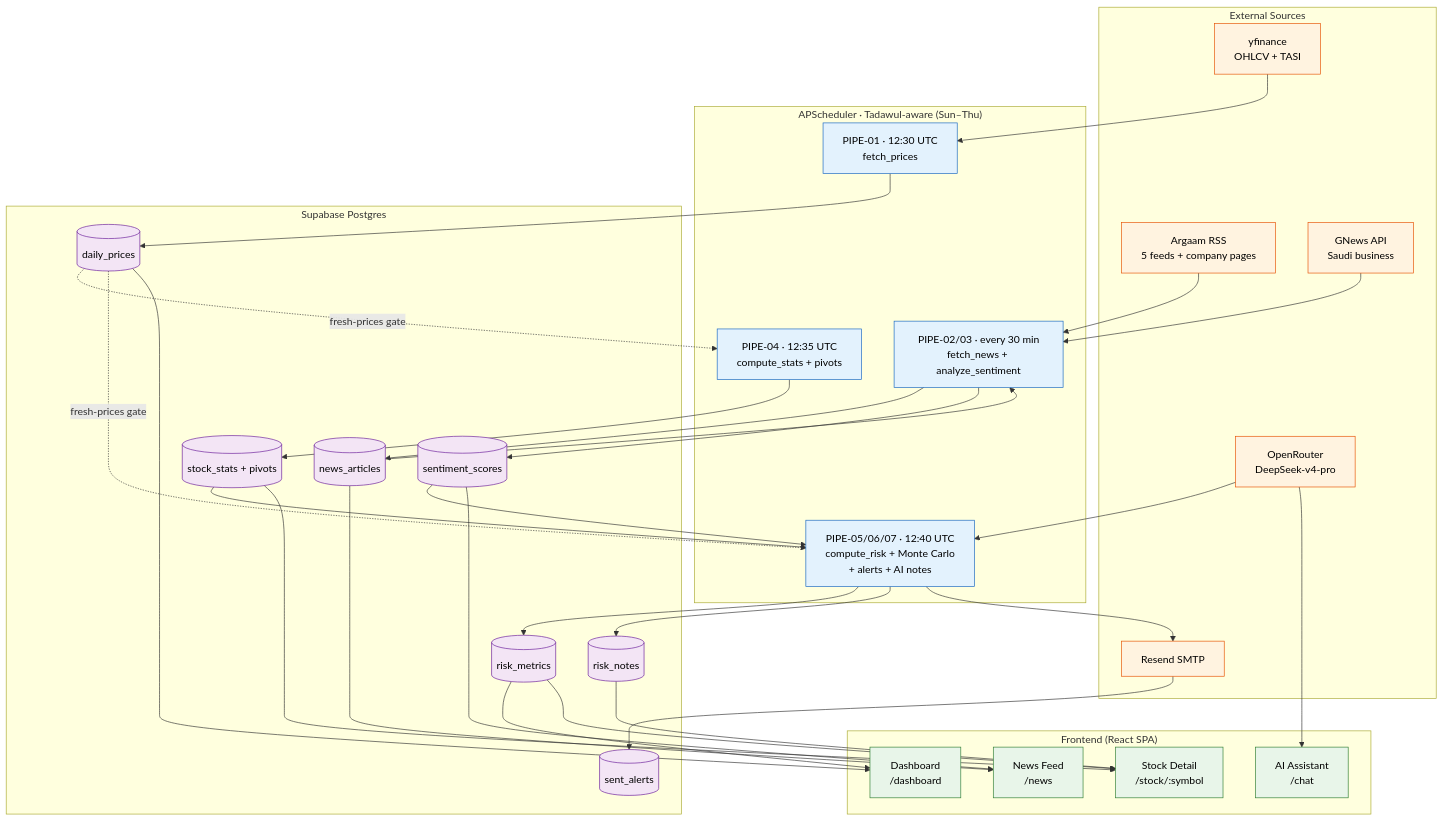
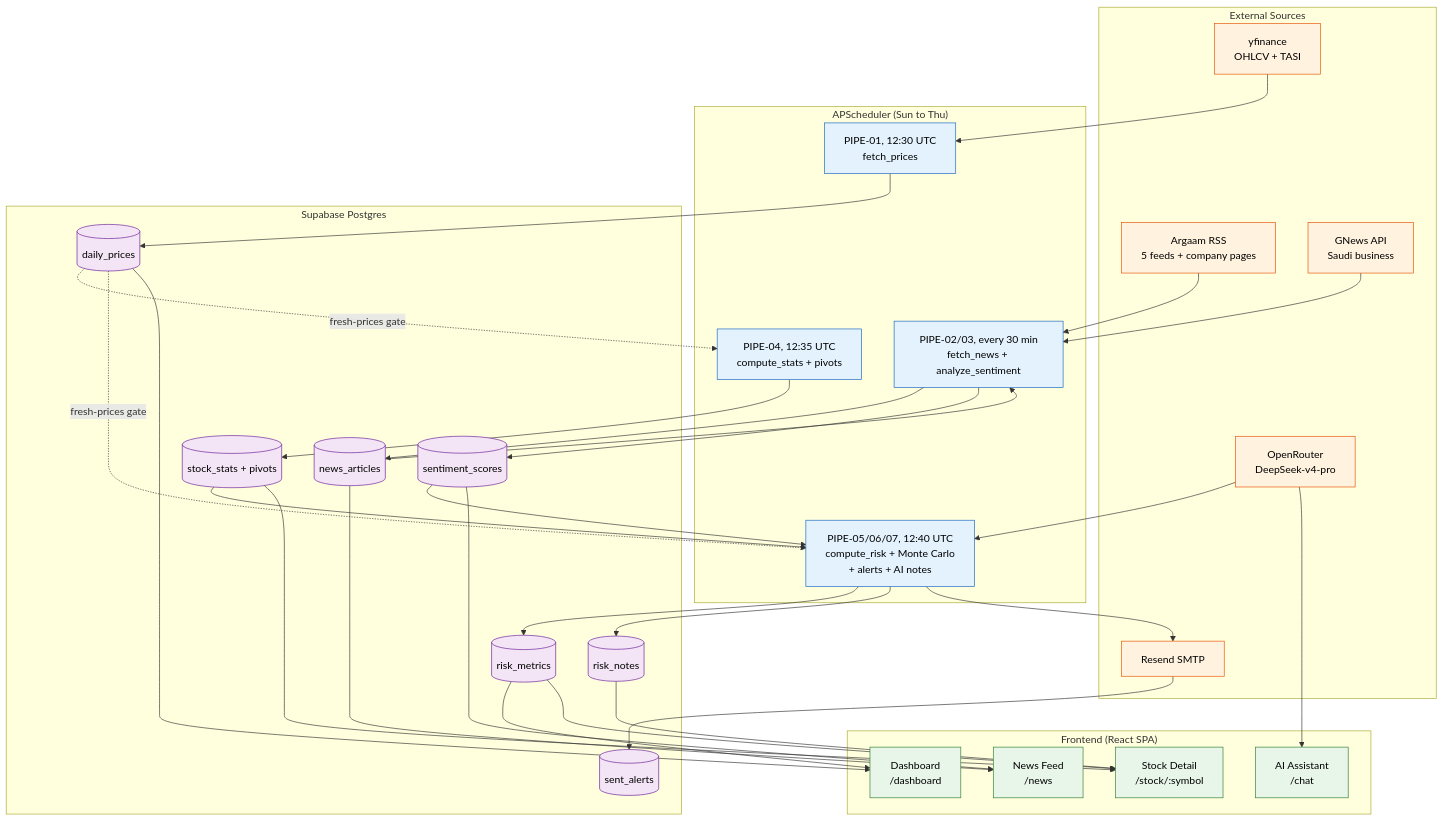
The diagram in README.md (Tlvxg/Nabeeh), drawn with Mermaid before and after one commit. The commit also changed other lines of this file, not shown here.

````diff
--- a/README.md
+++ b/README.md
@@ -118,72 +110,72 @@
 ```mermaid
 flowchart TD
     subgraph EXT["External Sources"]
         YF["yfinance<br/>OHLCV + TASI"]
         ARG["Argaam RSS<br/>5 feeds + company pages"]
         GN["GNews API<br/>Saudi business"]
         OR["OpenRouter<br/>DeepSeek-v4-pro"]
         RS["Resend SMTP"]
     end
 
-    subgraph SCHED["APScheduler · Tadawul-aware (Sun–Thu)"]
-        J1["PIPE-01 · 12:30 UTC<br/>fetch_prices"]
-        J4["PIPE-04 · 12:35 UTC<br/>compute_stats + pivots"]
-        J2["PIPE-02/03 · every 30 min<br/>fetch_news + analyze_sentiment"]
-        J5["PIPE-05/06/07 · 12:40 UTC<br/>compute_risk + Monte Carlo<br/>+ alerts + AI notes"]
+    subgraph SCHED["APScheduler (Sun to Thu)"]
+        J1["PIPE-01, 12:30 UTC<br/>fetch_prices"]
+        J4["PIPE-04, 12:35 UTC<br/>compute_stats + pivots"]
+        J2["PIPE-02/03, every 30 min<br/>fetch_news + analyze_sentiment"]
+        J5["PIPE-05/06/07, 12:40 UTC<br/>compute_risk + Monte Carlo<br/>+ alerts + AI notes"]
     end
 
     subgraph DB["Supabase Postgres"]
         T1[("daily_prices")]
         T2[("stock_stats + pivots")]
         T3[("news_articles")]
         T4[("sentiment_scores")]
         T5[("risk_metrics")]
         T6[("risk_notes")]
         T7[("sent_alerts")]
     end
 
     subgraph FE["Frontend (React SPA)"]
         DASH["Dashboard<br/>/dashboard"]
         DETAIL["Stock Detail<br/>/stock/:symbol"]
         CHAT["AI Assistant<br/>/chat"]
         NEWS["News Feed<br/>/news"]
     end
 
     YF --> J1
     J1 --> T1
     T1 -.fresh-prices gate.-> J4
     J4 --> T2
 
     ARG --> J2
     GN --> J2
     J2 --> T3
     T3 --> J2
     J2 --> T4
 
     T1 -.fresh-prices gate.-> J5
     T2 --> J5
     T4 --> J5
     J5 --> T5
     OR --> J5
     J5 --> T6
     J5 --> RS
     RS --> T7
 
     T1 --> DASH
     T2 --> DETAIL
     T3 --> NEWS
     T4 --> NEWS
     T5 --> DASH
     T5 --> DETAIL
     T6 --> DETAIL
     OR --> CHAT
 
     classDef ext fill:#fff3e0,stroke:#e65100,color:#000
     classDef sched fill:#e3f2fd,stroke:#1565c0,color:#000
     classDef db fill:#f3e5f5,stroke:#6a1b9a,color:#000
     classDef fe fill:#e8f5e9,stroke:#2e7d32,color:#000
     class YF,ARG,GN,OR,RS ext
     class J1,J2,J4,J5 sched
     class T1,T2,T3,T4,T5,T6,T7 db
     class DASH,DETAIL,CHAT,NEWS fe
 ```
````
